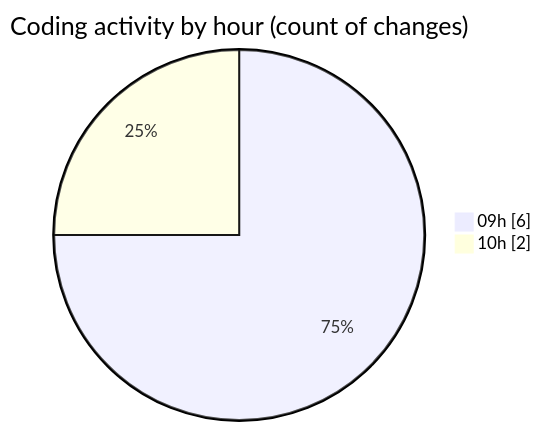
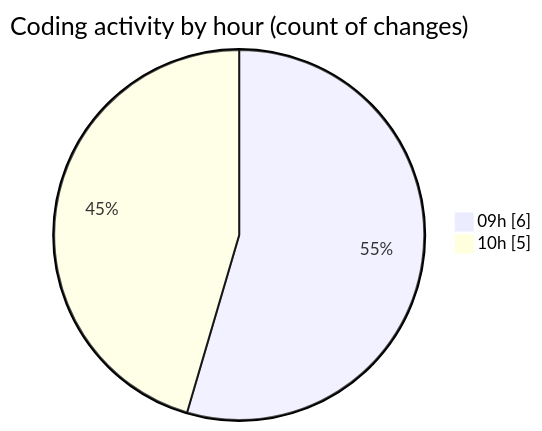
One commit to ricardozamudiocil/code-tracking changed the second of 2 diagrams in 2026-03-11/cilreports__workspace_/README.md. Above: the diagram before and after it, drawn with Mermaid. The commit also changed other lines of this file and 1 other file, not shown here.

````diff
--- a/2026-03-11/cilreports__workspace_/README.md
+++ b/2026-03-11/cilreports__workspace_/README.md
@@ -32,6 +33,6 @@
 ```mermaid
 pie showData
 title Coding activity by hour (count of changes)
 "09h" : 6
-"10h" : 2
+"10h" : 5
 ```
````
